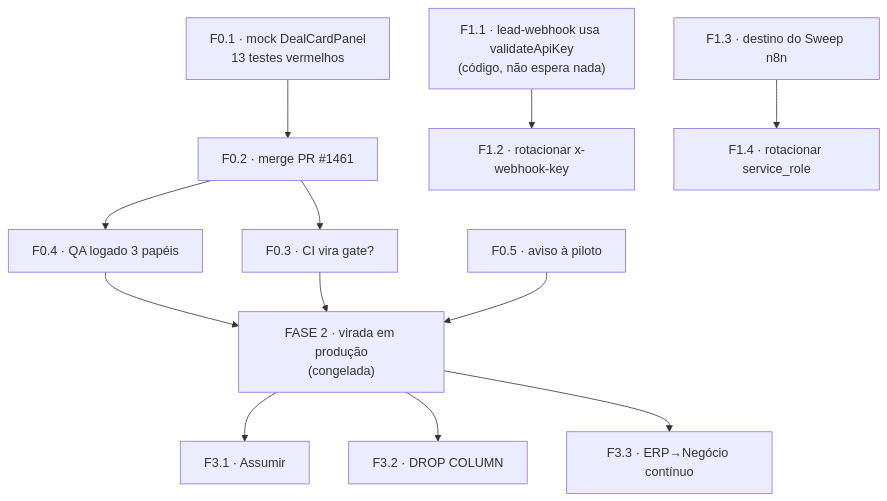
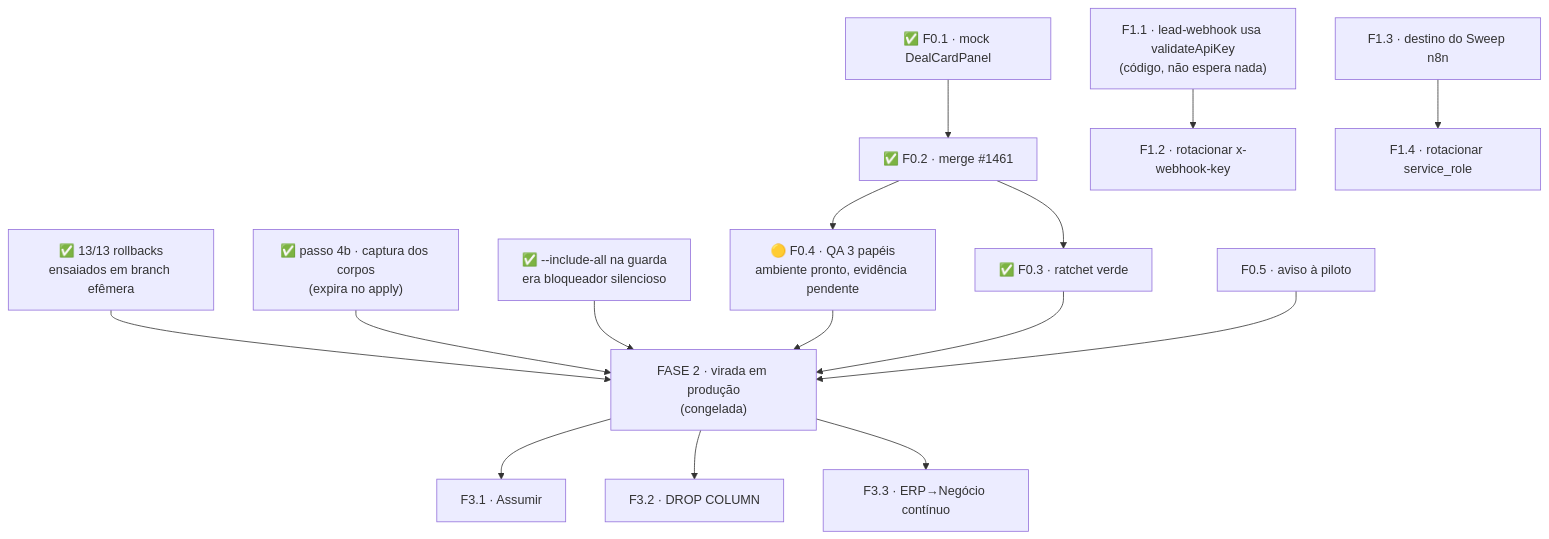
Before and after one commit to fabiomilennials1234-a11y/v8milennialsb2bv2: the diagram in .specs/project/roadmap-virada-e-fatia-3.md, drawn with Mermaid. The commit also changed other lines of this file, not shown here.

First line of the commit message:
docs(project): roadmap registra o que 07/08 fechou — e o que o ensaio revelou

````diff
--- a/.specs/project/roadmap-virada-e-fatia-3.md
+++ b/.specs/project/roadmap-virada-e-fatia-3.md
@@ -57,14 +88,17 @@
 ```mermaid
 graph TD
-    F01["F0.1 · mock DealCardPanel<br/>13 testes vermelhos"] --> F02["F0.2 · merge PR #1461"]
-    F02 --> F03["F0.3 · CI vira gate?"]
-    F02 --> F04["F0.4 · QA logado 3 papéis"]
+    F01["✅ F0.1 · mock DealCardPanel"] --> F02["✅ F0.2 · merge #1461"]
+    F02 --> F03["✅ F0.3 · ratchet verde"]
+    F02 --> F04["🟡 F0.4 · QA 3 papéis<br/>ambiente pronto, evidência pendente"]
+    RB["✅ 13/13 rollbacks<br/>ensaiados em branch efêmera"] --> FASE2
+    CAP["✅ passo 4b · captura dos corpos<br/>(expira no apply)"] --> FASE2
+    IA["✅ --include-all na guarda<br/>era bloqueador silencioso"] --> FASE2
     F04 --> FASE2["FASE 2 · virada em produção<br/>(congelada)"]
     F03 --> FASE2
     F05["F0.5 · aviso à piloto"] --> FASE2
     F11["F1.1 · lead-webhook usa validateApiKey<br/>(código, não espera nada)"] --> F12["F1.2 · rotacionar x-webhook-key"]
     F13["F1.3 · destino do Sweep n8n"] --> F14["F1.4 · rotacionar service_role"]
     FASE2 --> F31["F3.1 · Assumir"]
     FASE2 --> F32["F3.2 · DROP COLUMN"]
     FASE2 --> F33["F3.3 · ERP→Negócio contínuo"]
 ```
````
